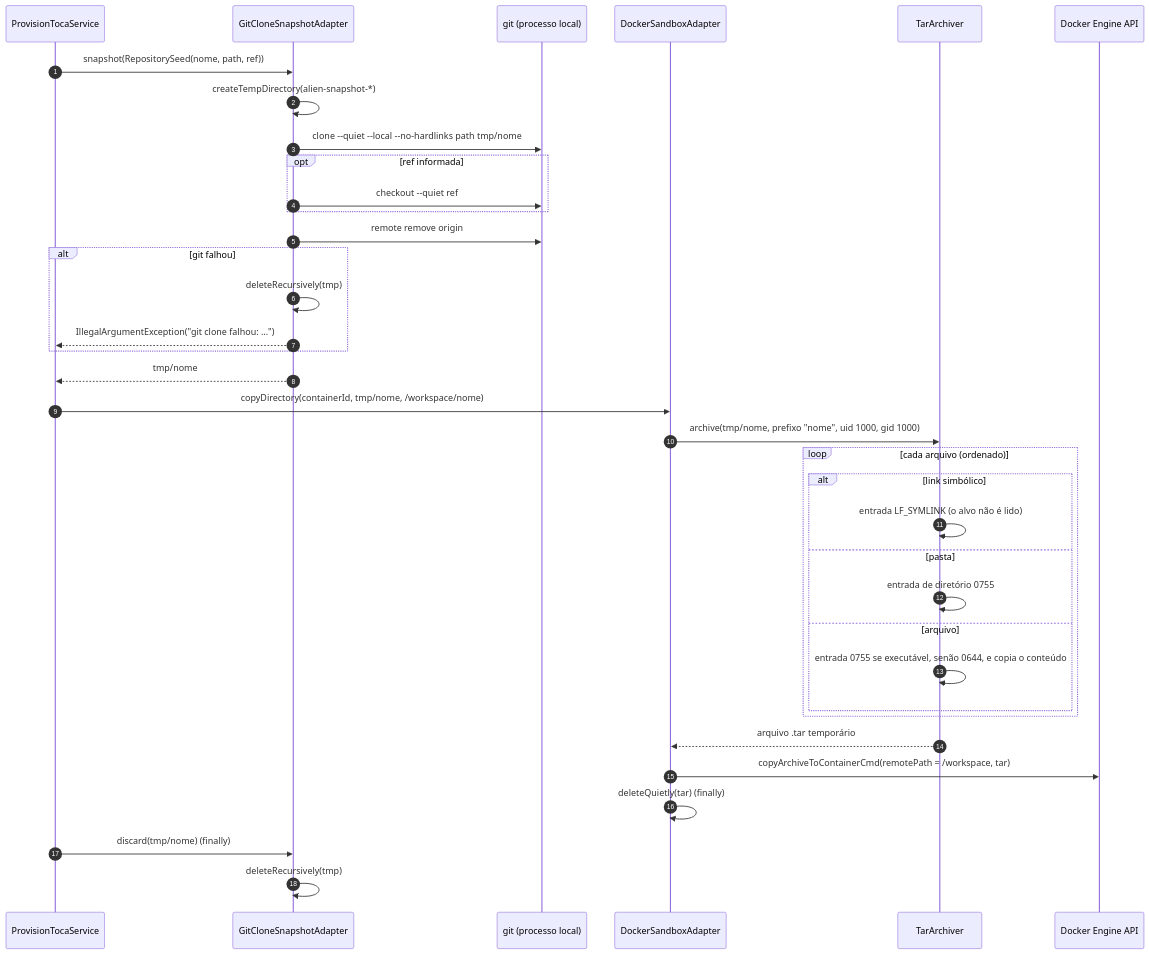
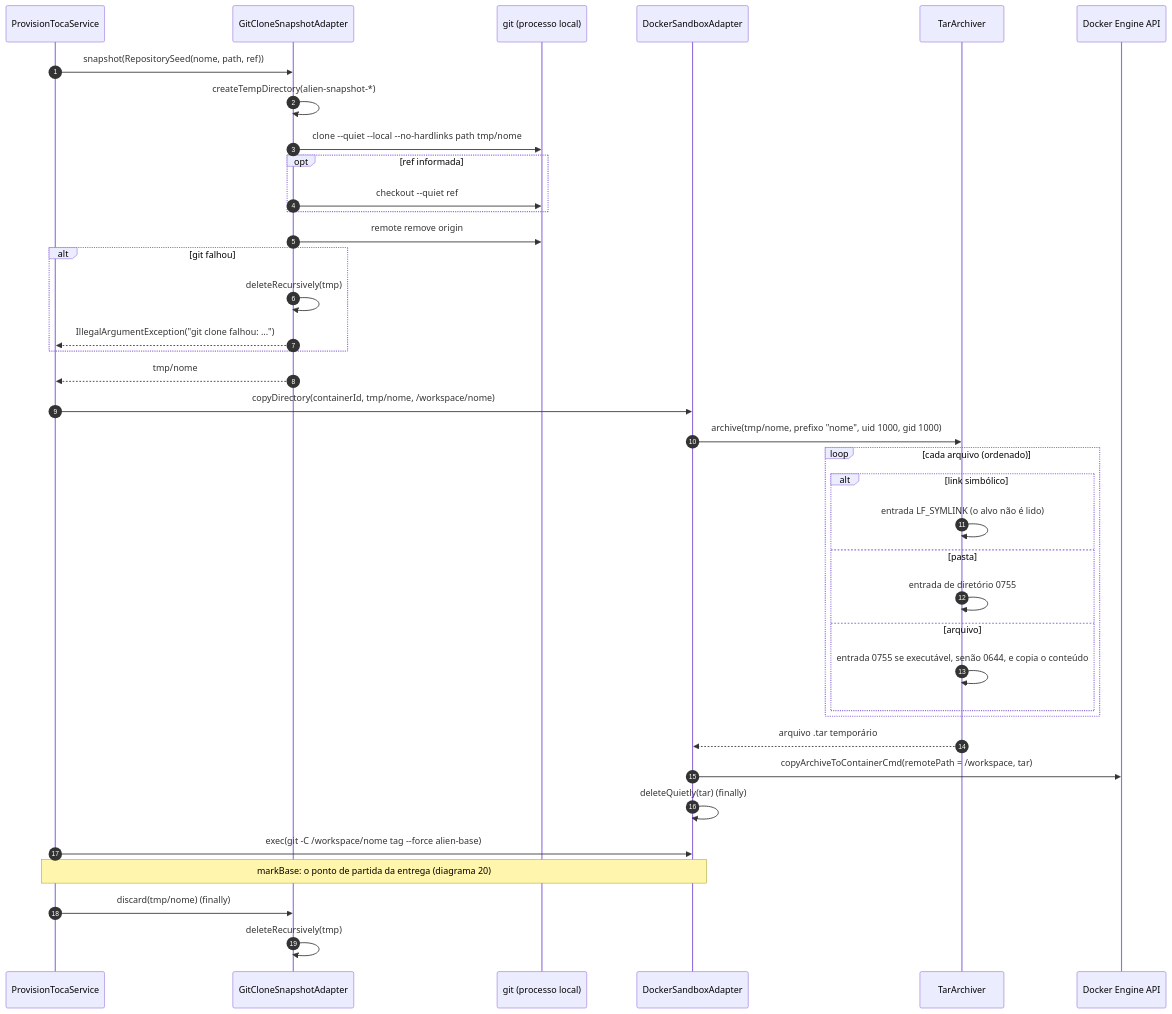
One commit to CaioMC/alien-code changed the fourth of 22 diagrams in docs/sequencias.md. Above: the diagram before and after it, drawn with Mermaid. The commit also changed other lines of this file and 1 other file, not shown here.

First line of the commit message:
docs: diagramas e README da entrega do M2

````diff
--- a/docs/sequencias.md
+++ b/docs/sequencias.md
@@ -196,41 +198,44 @@
 ```mermaid
 sequenceDiagram
     autonumber
     participant Svc as ProvisionTocaService
     participant Snap as GitCloneSnapshotAdapter
     participant Git as git (processo local)
     participant Sbx as DockerSandboxAdapter
     participant Tar as TarArchiver
     participant Dk as Docker Engine API
 
     Svc->>Snap: snapshot(RepositorySeed(nome, path, ref))
     Snap->>Snap: createTempDirectory(alien-snapshot-*)
     Snap->>Git: clone --quiet --local --no-hardlinks path tmp/nome
     opt ref informada
         Snap->>Git: checkout --quiet ref
     end
     Snap->>Git: remote remove origin
     alt git falhou
         Snap->>Snap: deleteRecursively(tmp)
         Snap-->>Svc: IllegalArgumentException("git clone falhou: ...")
     end
     Snap-->>Svc: tmp/nome
 
     Svc->>Sbx: copyDirectory(containerId, tmp/nome, /workspace/nome)
     Sbx->>Tar: archive(tmp/nome, prefixo "nome", uid 1000, gid 1000)
     loop cada arquivo (ordenado)
         alt link simbólico
             Tar->>Tar: entrada LF_SYMLINK (o alvo não é lido)
         else pasta
             Tar->>Tar: entrada de diretório 0755
         else arquivo
             Tar->>Tar: entrada 0755 se executável, senão 0644, e copia o conteúdo
         end
     end
     Tar-->>Sbx: arquivo .tar temporário
     Sbx->>Dk: copyArchiveToContainerCmd(remotePath = /workspace, tar)
     Sbx->>Sbx: deleteQuietly(tar) (finally)
 
+    Svc->>Sbx: exec(git -C /workspace/nome tag --force alien-base)
+    Note over Svc,Sbx: markBase: o ponto de partida da entrega (diagrama 20)
+
     Svc->>Snap: discard(tmp/nome) (finally)
     Snap->>Snap: deleteRecursively(tmp)
 ```
````
